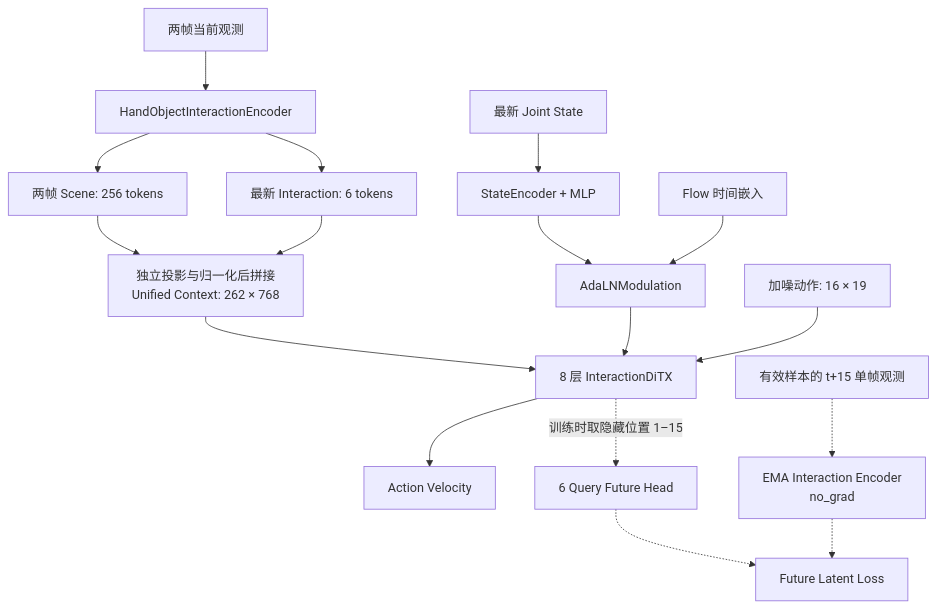
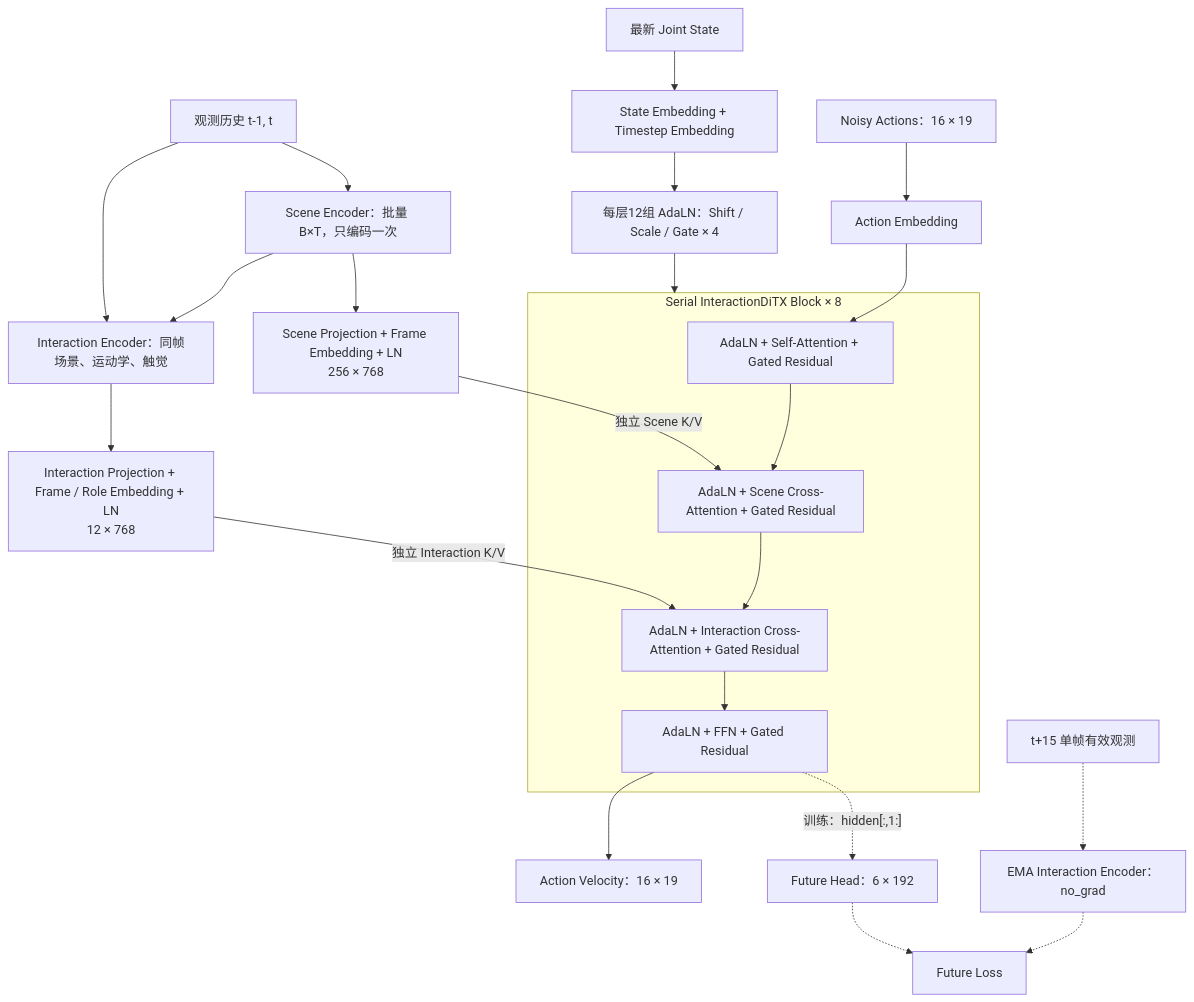
Before and after one commit to haoyangzhanglab/dexmani_policy: the diagram in docs/InteractionFlow模型架构.md, drawn with Mermaid. The commit also changed other lines of this file and 5 other files, not shown here.

Commit message:
Refactor InteractionFlow to scene-first serial conditioning

````diff
--- a/docs/InteractionFlow模型架构.md
+++ b/docs/InteractionFlow模型架构.md
@@ -29,19 +29,25 @@
 ```mermaid
 flowchart TD
-    obs["两帧当前观测"] --> encoder["HandObjectInteractionEncoder"]
-    encoder --> scene["两帧 Scene: 256 tokens"]
-    encoder --> interaction["最新 Interaction: 6 tokens"]
-    scene --> memory["独立投影与归一化后拼接<br/>Unified Context: 262 × 768"]
-    interaction --> memory
-    joints["最新 Joint State"] --> state["StateEncoder + MLP"]
-    state --> adaln["AdaLNModulation"]
-    time["Flow 时间嵌入"] --> adaln
-    noisy["加噪动作: 16 × 19"] --> ditx["8 层 InteractionDiTX"]
-    memory --> ditx
-    adaln --> ditx
-    ditx --> velocity["Action Velocity"]
-    ditx -. "训练时取隐藏位置 1–15" .-> head["6 Query Future Head"]
-    future["有效样本的 t+15 单帧观测"] -.-> teacher["EMA Interaction Encoder<br/>no_grad"]
-    teacher -.-> loss["Future Latent Loss"]
+    obs["观测历史 t-1, t"] --> scene_encoder["Scene Encoder：批量 B×T，只编码一次"]
+    scene_encoder --> scene["Scene Projection + Frame Embedding + LN<br/>256 × 768"]
+    scene_encoder --> inter_encoder["Interaction Encoder：同帧场景、运动学、触觉"]
+    obs --> inter_encoder
+    inter_encoder --> interaction["Interaction Projection + Frame / Role Embedding + LN<br/>12 × 768"]
+    joints["最新 Joint State"] --> condition["State Embedding + Timestep Embedding"]
+    condition --> adaln["每层12组 AdaLN：Shift / Scale / Gate × 4"]
+    noisy["Noisy Actions：16 × 19"] --> embed["Action Embedding"]
+    subgraph block["Serial InteractionDiTX Block × 8"]
+        sa["AdaLN + Self-Attention + Gated Residual"] --> sca["AdaLN + Scene Cross-Attention + Gated Residual"]
+        sca --> ica["AdaLN + Interaction Cross-Attention + Gated Residual"]
+        ica --> ffn["AdaLN + FFN + Gated Residual"]
+    end
+    embed --> sa
+    adaln --> block
+    scene -->|独立 Scene K/V| sca
+    interaction -->|独立 Interaction K/V| ica
+    ffn --> velocity["Action Velocity：16 × 19"]
+    ffn -. "训练：hidden[:,1:]" .-> head["Future Head：6 × 192"]
+    future["t+15 单帧有效观测"] -.-> teacher["EMA Interaction Encoder：no_grad"]
+    teacher -.-> loss["Future Loss"]
     head -.-> loss
 ```
````
